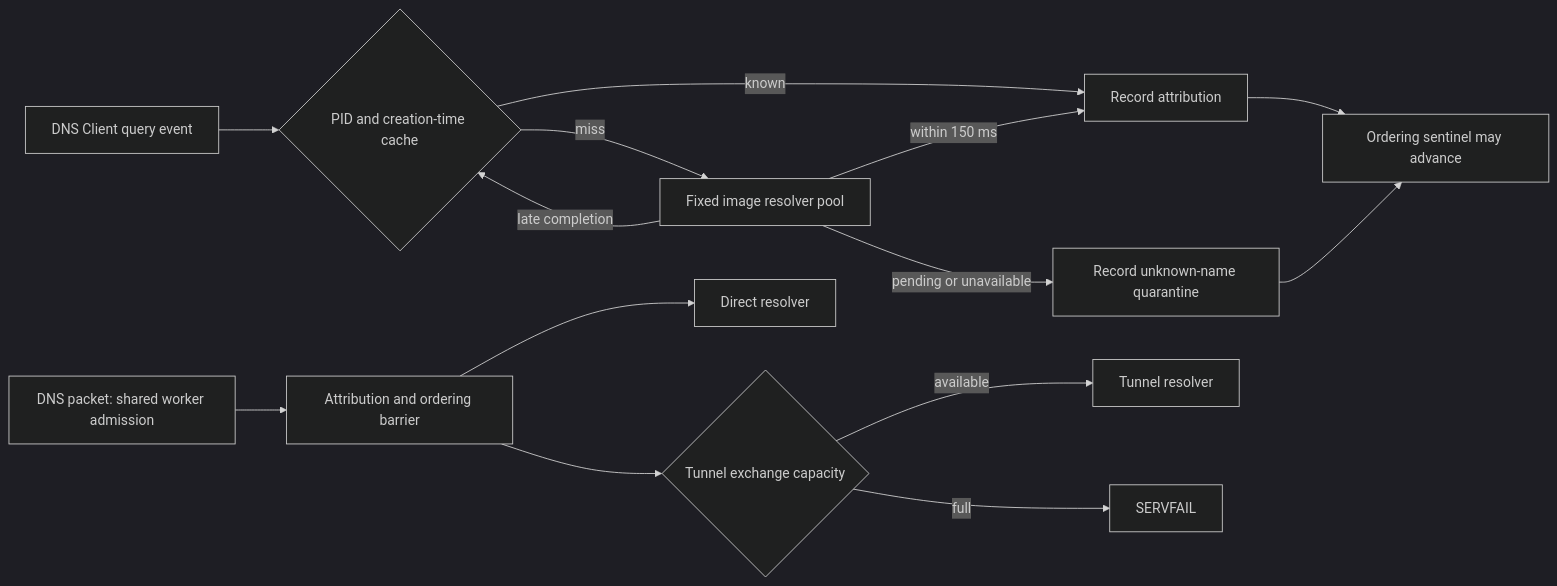
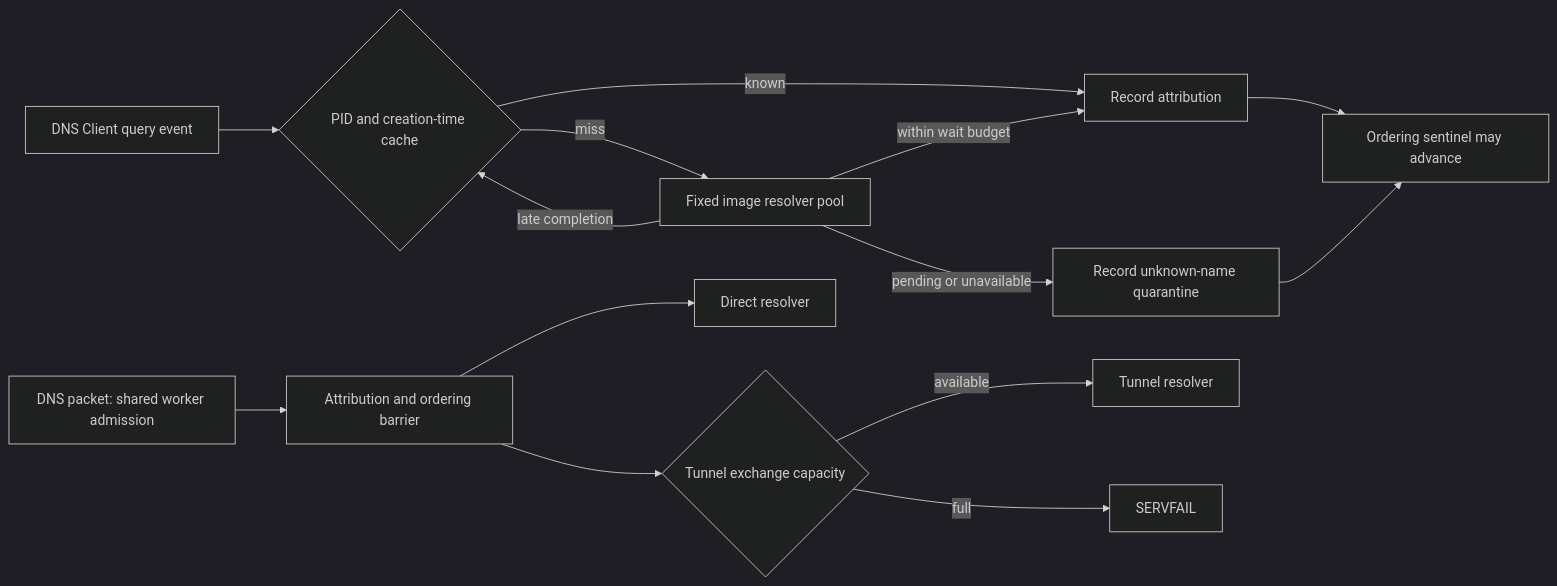
One commit to kylejduan/Wireguard-DNS-Program-Split changed the diagram in docs/dns-isolation.md. Above: the diagram before and after it, drawn with Mermaid (dark theme). The commit also changed other lines of this file and 12 other files, not shown here.

````diff
--- a/docs/dns-isolation.md
+++ b/docs/dns-isolation.md
@@ -5,16 +5,16 @@
 ```mermaid
 flowchart LR
   E[DNS Client query event] --> C{PID and creation-time cache}
   C -->|known| H[Record attribution]
   C -->|miss| R[Fixed image resolver pool]
-  R -->|within 150 ms| H
+  R -->|within wait budget| H
   R -->|pending or unavailable| U[Record unknown-name quarantine]
   R -->|late completion| C
   H --> B[Ordering sentinel may advance]
   U --> B
   Q[DNS packet: shared worker admission] --> A[Attribution and ordering barrier]
   A --> D[Direct resolver]
   A --> T{Tunnel exchange capacity}
   T -->|available| V[Tunnel resolver]
   T -->|full| F[SERVFAIL]
 ```
````
